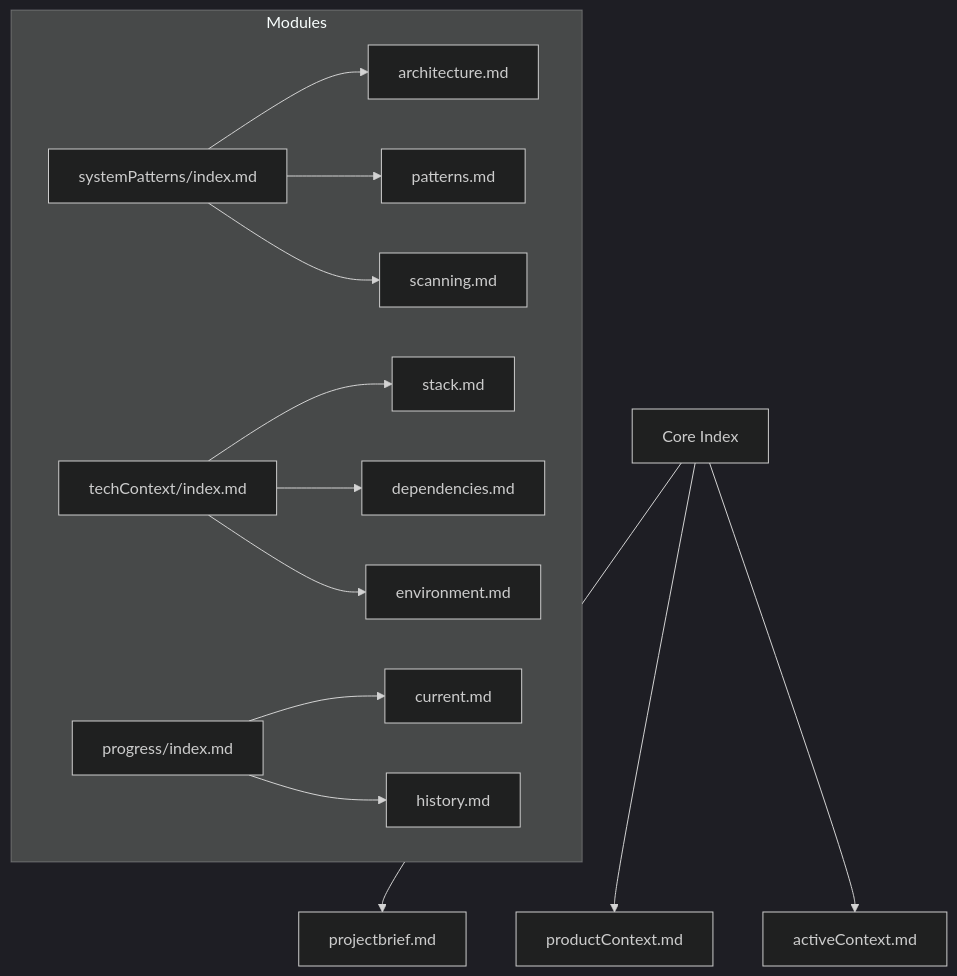
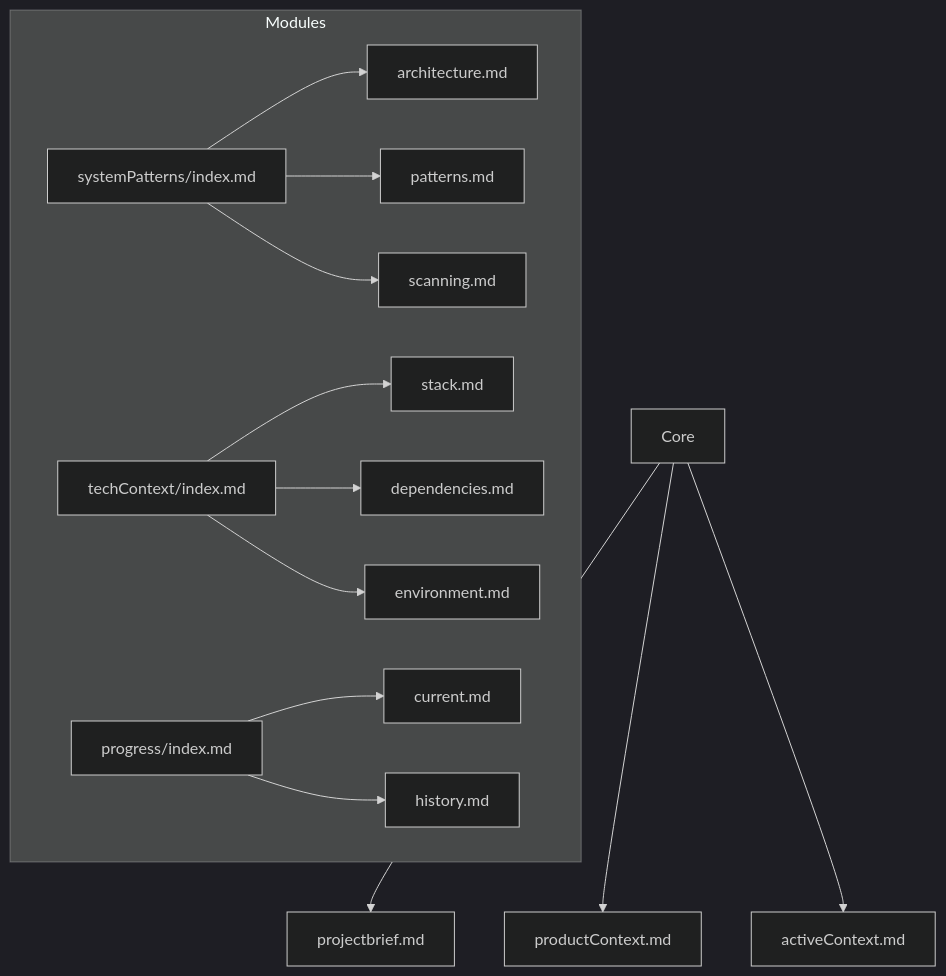
The second of 3 diagrams in src/lib/rules/memory-bank-rules.md (sm-moshi/aimemory), drawn with Mermaid (dark theme) before and after one commit. The commit also changed other lines of this file and 51 other files, not shown here.

````diff
--- a/src/lib/rules/memory-bank-rules.md
+++ b/src/lib/rules/memory-bank-rules.md
@@ -38,22 +57,22 @@
 ```mermaid
 flowchart TD
-    CORE[Core Index] --> PB[projectbrief.md]
+    CORE[Core] --> PB[projectbrief.md]
     CORE --> PC[productContext.md]
     CORE --> AC[activeContext.md]
 
     subgraph Modules
       SP_IDX[systemPatterns/index.md]
       SP_IDX --> SP_ARCH[architecture.md]
       SP_IDX --> SP_PTRN[patterns.md]
       SP_IDX --> SP_SCAN[scanning.md]
 
       TC_IDX[techContext/index.md]
       TC_IDX --> TC_STACK[stack.md]
       TC_IDX --> TC_DEPS[dependencies.md]
       TC_IDX --> TC_ENV[environment.md]
 
       PR_IDX[progress/index.md]
       PR_IDX --> PR_CUR[current.md]
       PR_IDX --> PR_HIST[history.md]
     end
 ```
````
